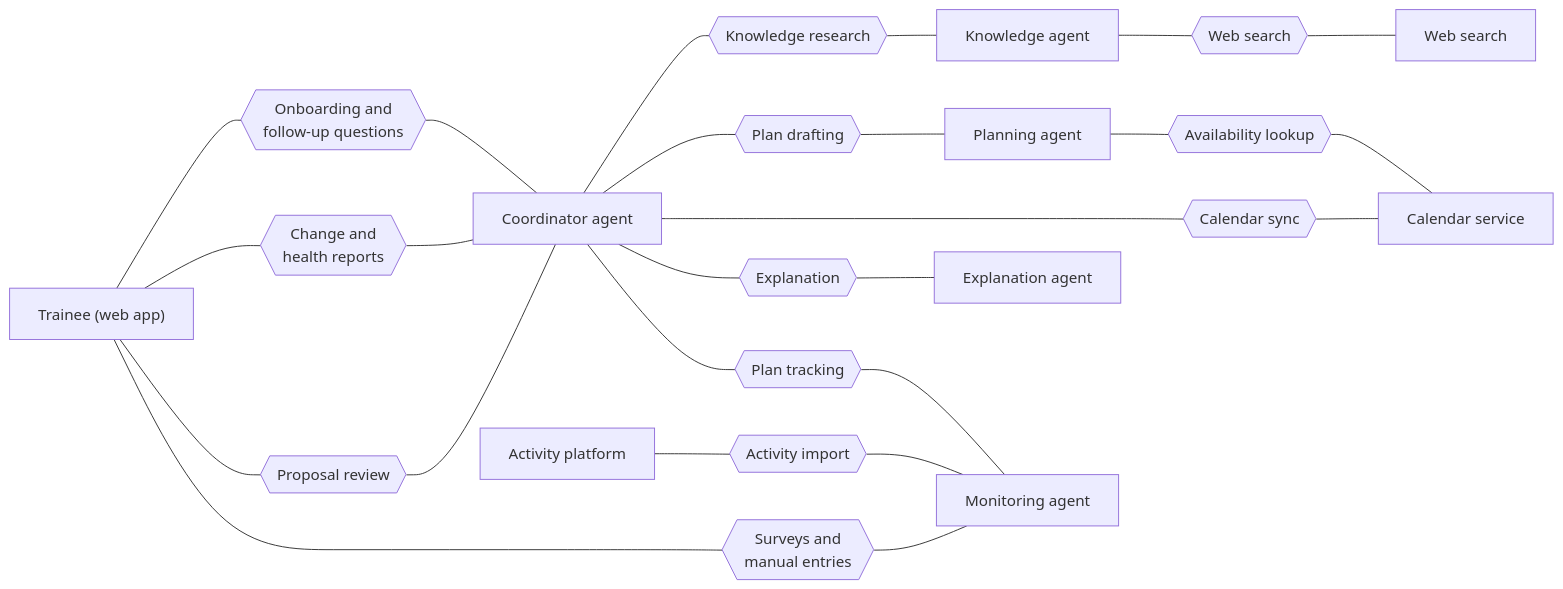
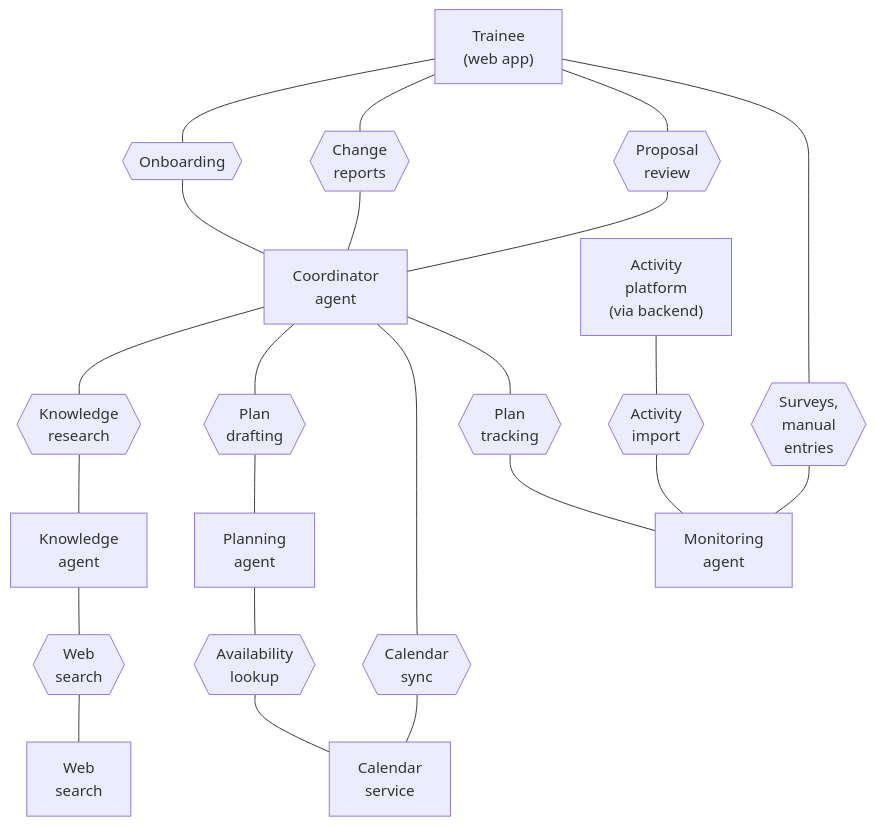
Before and after one commit to apekala/AASD: the fourth of 15 diagrams in zz/raport_b/raport_b.md, drawn with Mermaid. The commit also changed other lines of this file and 8 other files, not shown here.

````diff
--- a/zz/raport_b/raport_b.md
+++ b/zz/raport_b/raport_b.md
@@ -402,38 +371,35 @@
 ```mermaid
-flowchart LR
-    TR["Trainee (web app)"]
-    CA[Coordinator agent]
-    KA[Knowledge agent]
-    PA[Planning agent]
-    EA[Explanation agent]
-    MA[Monitoring agent]
-    WS[Web search]
-    CAL[Calendar service]
-    AP[Activity platform]
+flowchart TB
+    TR["Trainee<br/>(web app)"]
+    CA["Coordinator<br/>agent"]
+    KA["Knowledge<br/>agent"]
+    PA["Planning<br/>agent"]
+    MA["Monitoring<br/>agent"]
+    WS["Web<br/>search"]
+    CAL["Calendar<br/>service"]
+    AP["Activity<br/>platform<br/>(via backend)"]
 
-    c1{{"Onboarding and<br/>follow-up questions"}}
-    c2{{"Change and<br/>health reports"}}
-    c3{{"Proposal review"}}
-    c4{{"Knowledge research"}}
-    c5{{"Web search"}}
-    c6{{"Plan drafting"}}
-    c7{{"Availability lookup"}}
-    c8{{"Calendar sync"}}
-    c9{{"Explanation"}}
-    c10{{"Plan tracking"}}
-    c11{{"Activity import"}}
-    c12{{"Surveys and<br/>manual entries"}}
+    c1{{"Onboarding"}}
+    c2{{"Change<br/>reports"}}
+    c3{{"Proposal<br/>review"}}
+    c4{{"Knowledge<br/>research"}}
+    c5{{"Web<br/>search"}}
+    c6{{"Plan<br/>drafting"}}
+    c7{{"Availability<br/>lookup"}}
+    c8{{"Calendar<br/>sync"}}
+    c9{{"Plan<br/>tracking"}}
+    c10{{"Activity<br/>import"}}
+    c11{{"Surveys,<br/>manual<br/>entries"}}
 
     TR --- c1 --- CA
     TR --- c2 --- CA
     TR --- c3 --- CA
     CA --- c4 --- KA
     KA --- c5 --- WS
     CA --- c6 --- PA
     PA --- c7 --- CAL
     CA --- c8 --- CAL
-    CA --- c9 --- EA
-    CA --- c10 --- MA
-    AP --- c11 --- MA
-    TR --- c12 --- MA
+    CA --- c9 --- MA
+    AP --- c10 --- MA
+    TR --- c11 --- MA
 ```
````
